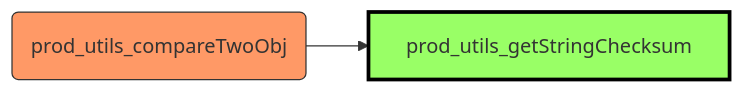
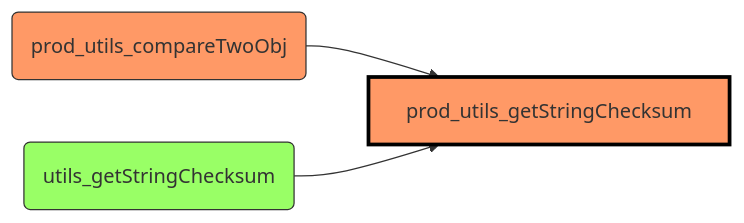
Diagram 11 of 28 in actionslib.md (joze-liburn/uibakery), drawn with Mermaid before and after one commit. The commit also changed other lines of this file and 3 other files, not shown here.

Commit message:
Added calls between automations and actions so that each pair appears twice. Two missing web services. Added overall call graph. Fixed internal symbol names.

````diff
--- a/actionslib.md
+++ b/actionslib.md
@@ -279,12 +290,14 @@
 ```mermaid
 graph LR
-  classDef this fill:#9f6,stroke:#000,stroke-width:3;
+  classDef this fill:#f96,stroke:#000,stroke-width:3;
   classDef automation fill:#9f6,stroke:#333;
   classDef action fill:#f96,stroke:#333;
   classDef database fill:#96f,stroke:#333;
 
   act10(prod_utils_compareTwoObj) --> act11[prod_utils_getStringChecksum]
-  
+  aut37(utils_getStringChecksum) --> act11[prod_utils_getStringChecksum]
+
   class act11 this
   class act10 action
+  class aut37 automation
 ```
````
